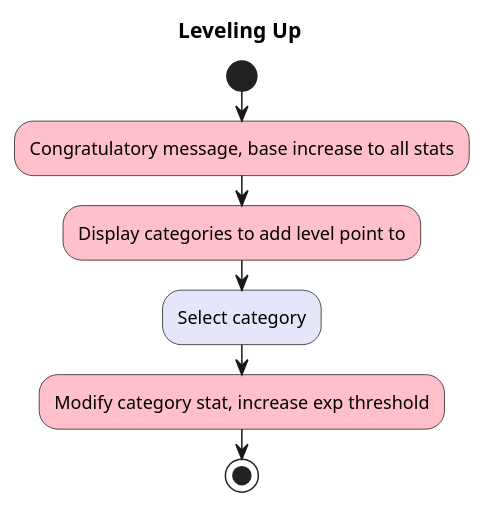
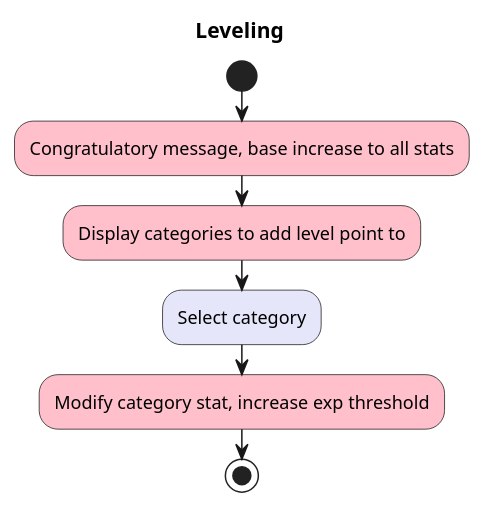
The sixth of 8 diagrams in use-cases/use-cases-brief.md (BillCheng9/Steampunk-Game), drawn with PlantUML before and after one commit. The commit also changed other lines of this file, not shown here.

````diff
--- a/use-cases/use-cases-brief.md
+++ b/use-cases/use-cases-brief.md
@@ -105,18 +109,18 @@
 ```plantuml
 <style>
 diamond {
   BackgroundColor White
 }
 </style>
 
-title Leveling Up
+title Leveling
 
 start
 
 #pink:Congratulatory message, base increase to all stats;
 #pink:Display categories to add level point to;
 #lavender:Select category;
 #pink:Modify category stat, increase exp threshold;
 
 stop
 ```
````
